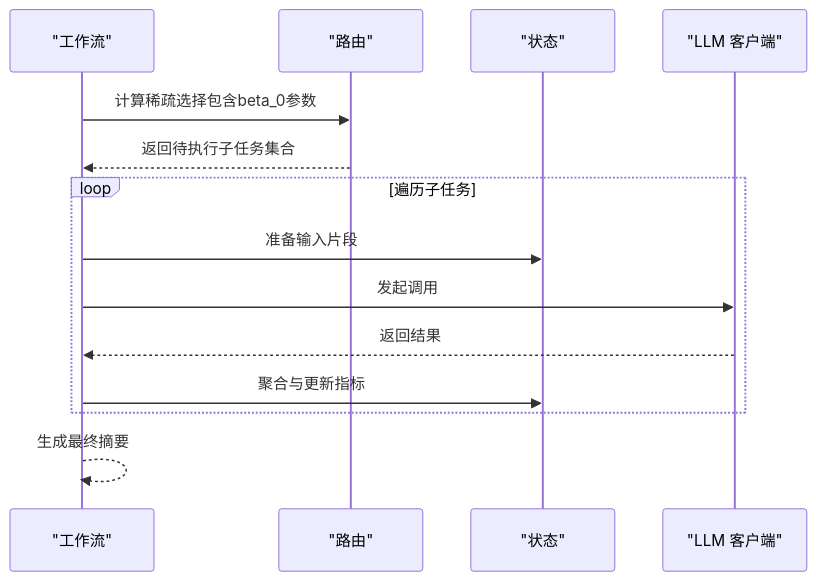
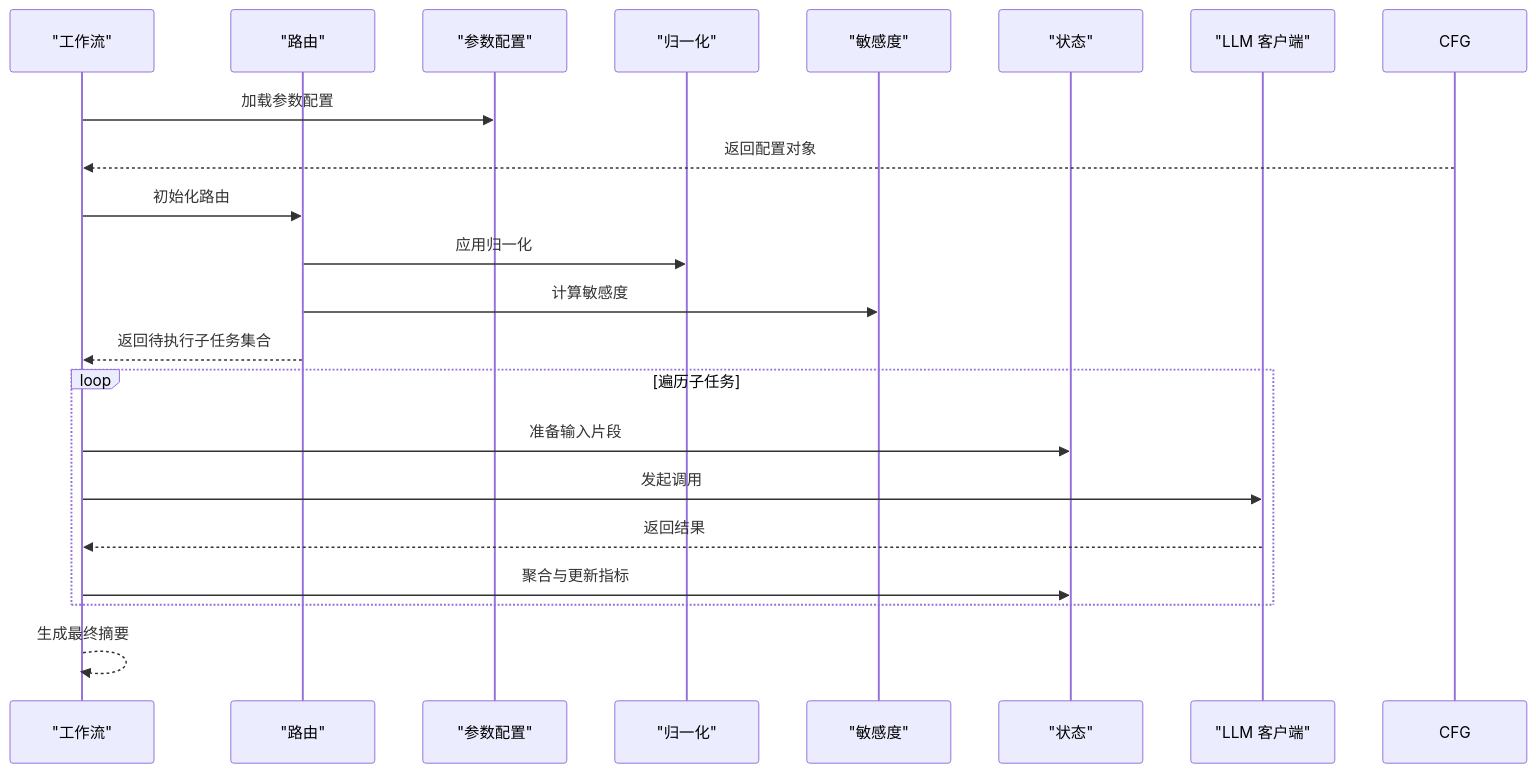
The fourth of 5 diagrams in .qoder/repowiki/zh/content/核心架构/实验框架/实验框架.md (QuStarry/VIB-SparseCommunication), drawn with Mermaid before and after one commit. The commit also changed other lines of this file and 31 other files, not shown here.

````diff
--- a/.qoder/repowiki/zh/content/核心架构/实验框架/实验框架.md
+++ b/.qoder/repowiki/zh/content/核心架构/实验框架/实验框架.md
@@ -228,16 +264,23 @@
 ```mermaid
 sequenceDiagram
 participant WF as "工作流"
 participant R as "路由"
+participant Cfg as "参数配置"
+participant Norm as "归一化"
+participant Sens as "敏感度"
 participant S as "状态"
 participant C as "LLM 客户端"
-WF->>R : 计算稀疏选择包含beta_0参数
+WF->>Cfg : 加载参数配置
+CFG-->>WF : 返回配置对象
+WF->>R : 初始化路由
+R->>Norm : 应用归一化
+R->>Sens : 计算敏感度
 R-->>WF : 返回待执行子任务集合
 loop 遍历子任务
 WF->>S : 准备输入片段
 WF->>C : 发起调用
 C-->>WF : 返回结果
 WF->>S : 聚合与更新指标
 end
 WF-->>WF : 生成最终摘要
 ```
````
